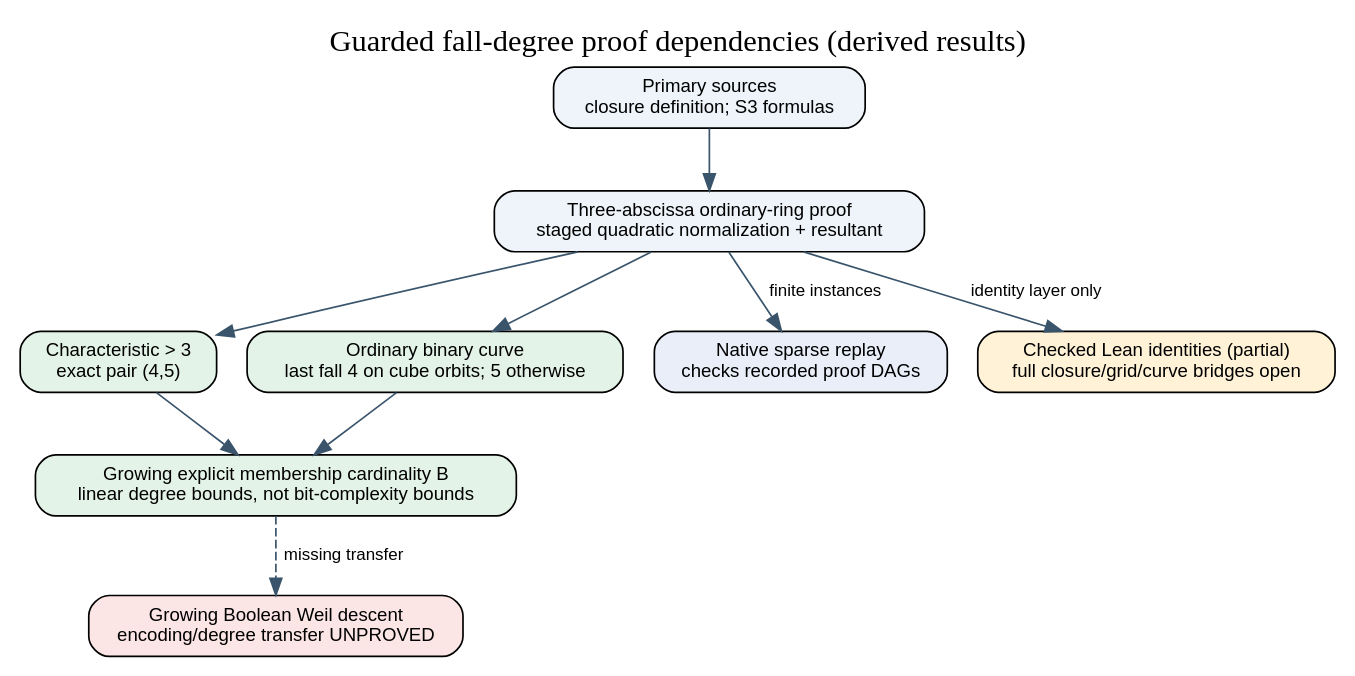
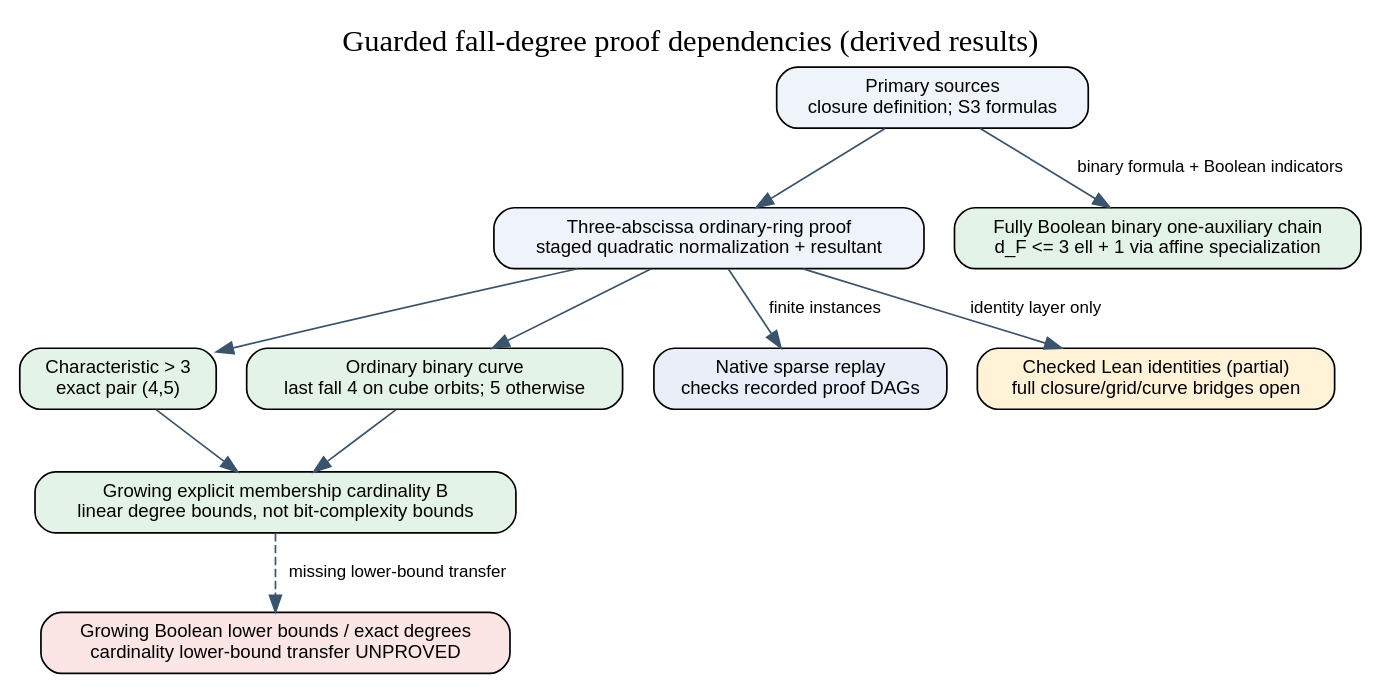
Before and after one commit to isogeny-labs/crypto: the diagram in research/guarded_fall_degree_20261028/reports/proof-dependencies.dot, drawn with Graphviz. The commit also changed 14 other files, not shown here.

Commit message:
research: prove dimension-based Boolean upper bound and record validation

```diff
--- a/research/guarded_fall_degree_20261028/reports/proof-dependencies.dot
+++ b/research/guarded_fall_degree_20261028/reports/proof-dependencies.dot
@@ -1,21 +1,23 @@
 digraph proof {
   graph [rankdir=TB, bgcolor="white", label="Guarded fall-degree proof dependencies (derived results)", labelloc=t, fontsize=18];
   node [shape=box, style="rounded,filled", fillcolor="#eef4fa", fontname="Helvetica", fontsize=11];
   edge [color="#39546b", fontname="Helvetica", fontsize=10];
   sources [label="Primary sources\nclosure definition; S3 formulas"];
   local [label="Three-abscissa ordinary-ring proof\nstaged quadratic normalization + resultant"];
   odd [label="Characteristic > 3\nexact pair (4,5)", fillcolor="#e4f3e7"];
   binary [label="Ordinary binary curve\nlast fall 4 on cube orbits; 5 otherwise", fillcolor="#e4f3e7"];
   growing [label="Growing explicit membership cardinality B\nlinear degree bounds, not bit-complexity bounds", fillcolor="#e4f3e7"];
   native [label="Native sparse replay\nchecks recorded proof DAGs", fillcolor="#e9eef8"];
   lean [label="Checked Lean identities (partial)\nfull closure/grid/curve bridges open", fillcolor="#fff2d7"];
-  boolean [label="Growing Boolean Weil descent\nencoding/degree transfer UNPROVED", fillcolor="#fce5e5"];
+  boolupper [label="Fully Boolean binary one-auxiliary chain\nd_F <= 3 ell + 1 via affine specialization", fillcolor="#e4f3e7"];
+  boolean [label="Growing Boolean lower bounds / exact degrees\ncardinality lower-bound transfer UNPROVED", fillcolor="#fce5e5"];
   sources -> local;
+  sources -> boolupper [label="binary formula + Boolean indicators"];
   local -> odd;
   local -> binary;
   odd -> growing;
   binary -> growing;
   local -> native [label="finite instances"];
   local -> lean [label="identity layer only"];
-  growing -> boolean [style=dashed, label="missing transfer"];
+  growing -> boolean [style=dashed, label="missing lower-bound transfer"];
 }
```
